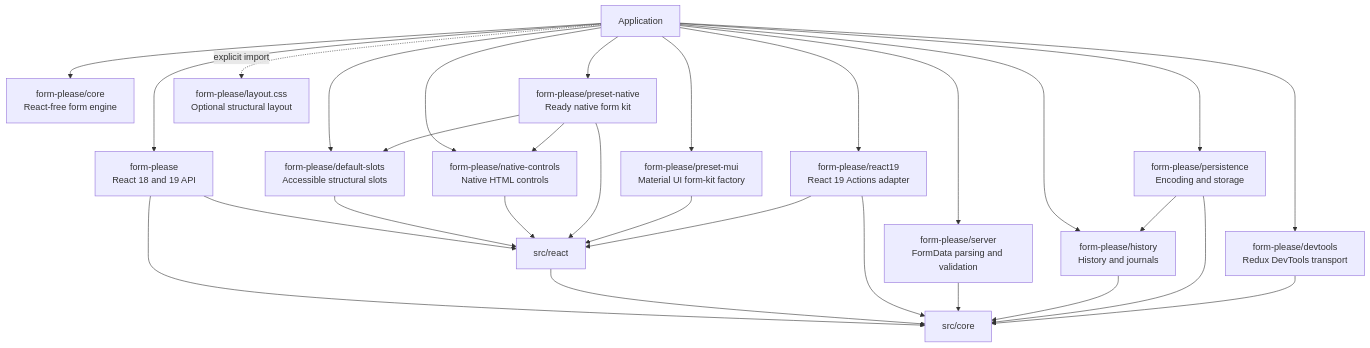
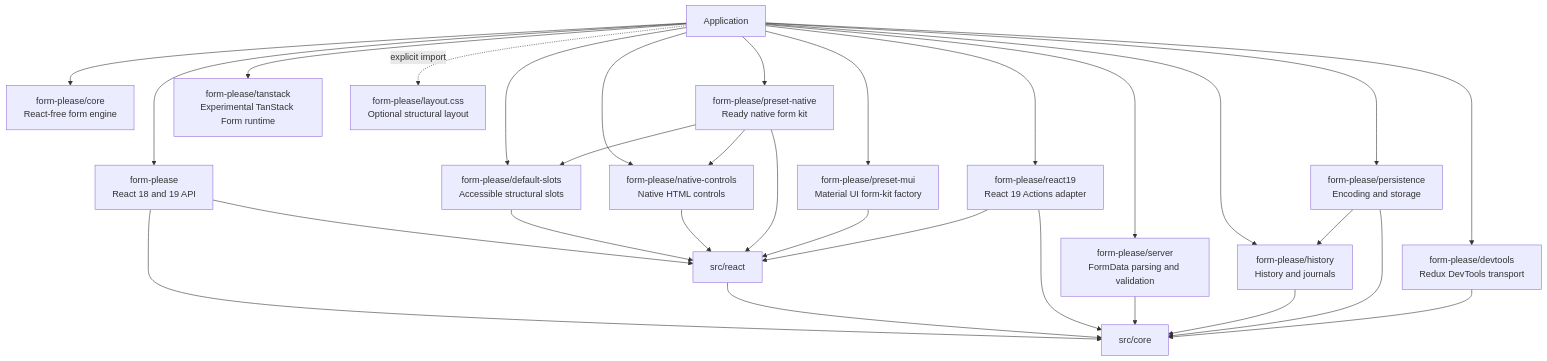
Before and after one commit to r13v/fokit: the diagram in docs/ARCHITECTURE.md, drawn with Mermaid. The commit also changed other lines of this file and 27 other files, not shown here.

Commit message:
feat: use tanstack form as runtime

````diff
--- a/docs/ARCHITECTURE.md
+++ b/docs/ARCHITECTURE.md
@@ -22,50 +22,52 @@
 ```mermaid
 flowchart TD
     App["Application"]
 
     Main["form-please<br/>React 18 and 19 API"]
     Core["form-please/core<br/>React-free form engine"]
     DefaultSlots["form-please/default-slots<br/>Accessible structural slots"]
     NativeControls["form-please/native-controls<br/>Native HTML controls"]
     PresetNative["form-please/preset-native<br/>Ready native form kit"]
     PresetMui["form-please/preset-mui<br/>Material UI form-kit factory"]
+    TanStack["form-please/tanstack<br/>Experimental TanStack Form runtime"]
     React19["form-please/react19<br/>React 19 Actions adapter"]
     Server["form-please/server<br/>FormData parsing and validation"]
     History["form-please/history<br/>History and journals"]
     Persistence["form-please/persistence<br/>Encoding and storage"]
     DevTools["form-please/devtools<br/>Redux DevTools transport"]
     CSS["form-please/layout.css<br/>Optional structural layout"]
 
     ReactLayer["src/react"]
     CoreLayer["src/core"]
 
     App --> Main
     App --> Core
     App --> DefaultSlots
     App --> NativeControls
     App --> PresetNative
     App --> PresetMui
+    App --> TanStack
     App --> React19
     App --> Server
     App --> History
     App --> Persistence
     App --> DevTools
     App -. explicit import .-> CSS
 
     Main --> ReactLayer
     Main --> CoreLayer
     DefaultSlots --> ReactLayer
     NativeControls --> ReactLayer
     PresetNative --> DefaultSlots
     PresetNative --> NativeControls
     PresetNative --> ReactLayer
     PresetMui --> ReactLayer
     ReactLayer --> CoreLayer
     React19 --> ReactLayer
     React19 --> CoreLayer
     Server --> CoreLayer
     History --> CoreLayer
     Persistence --> CoreLayer
     Persistence --> History
     DevTools --> CoreLayer
 ```
````
